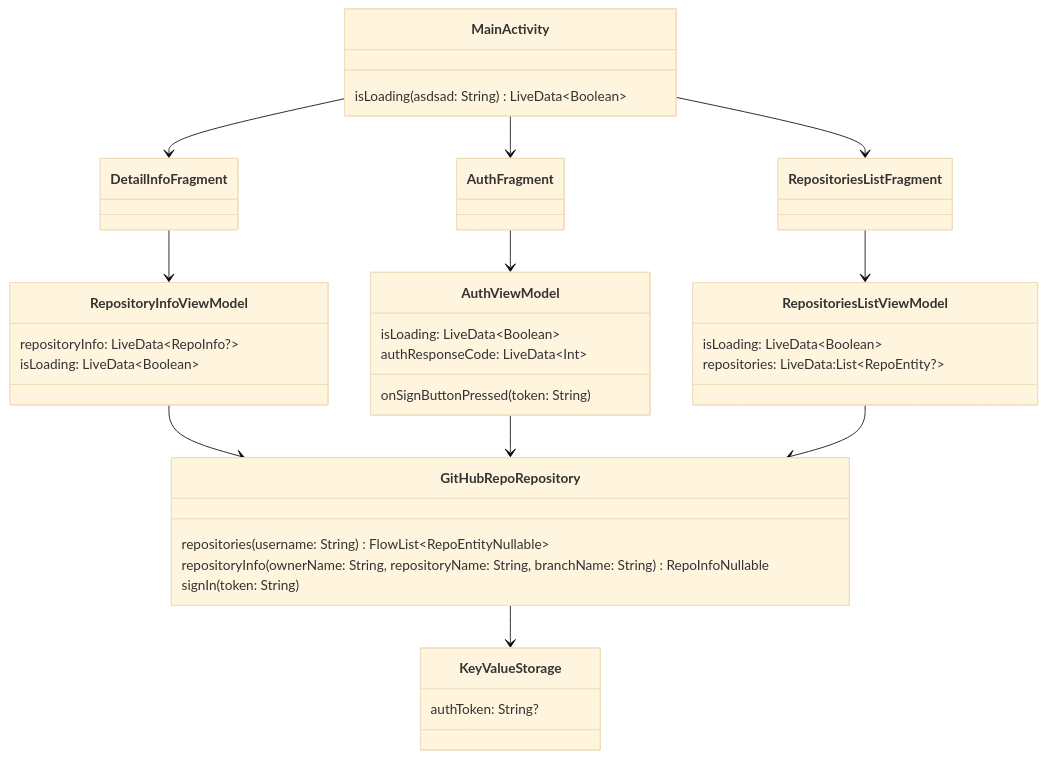
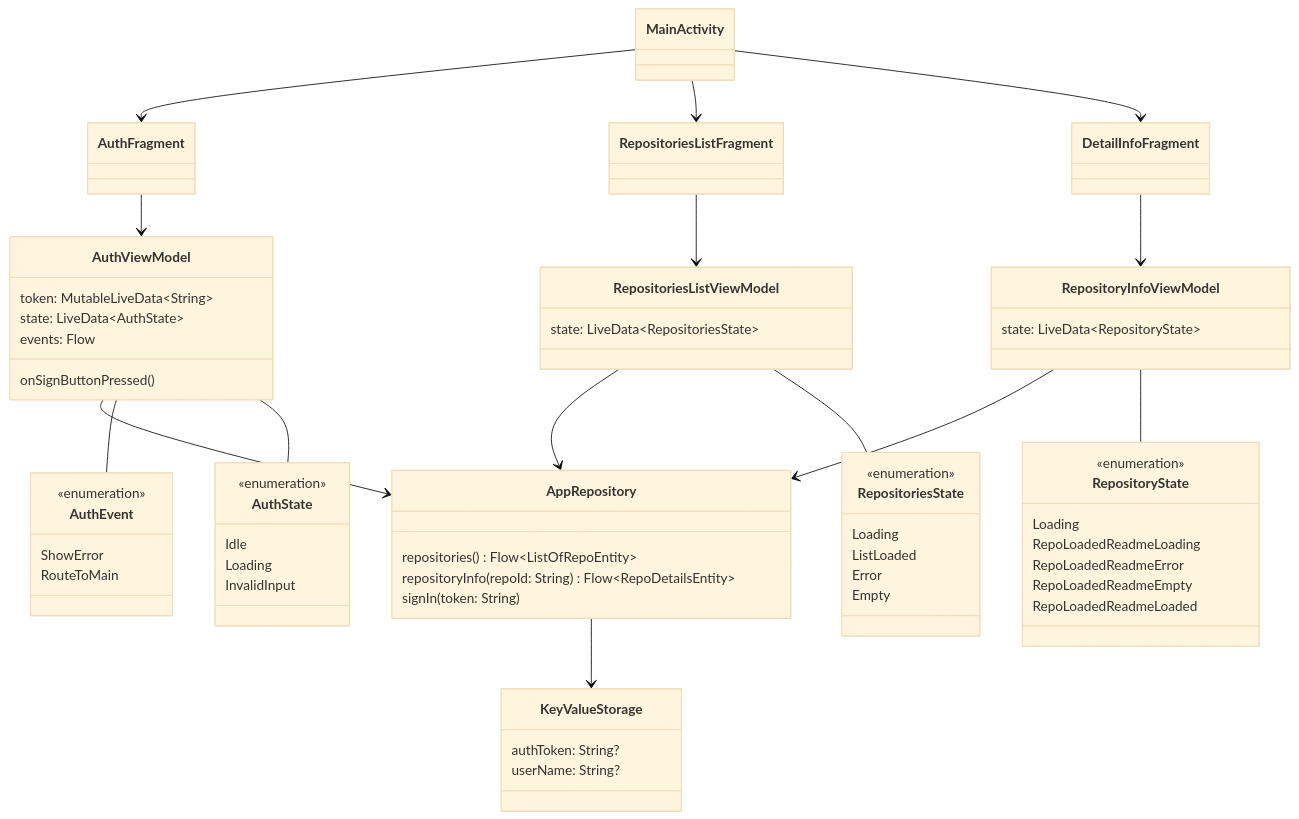
One commit to icerockdev/kmm.icerock.dev changed the diagram in university/1-android-basics/practice.md. Above: the diagram before and after it, drawn with Mermaid (base theme). The commit also changed other lines of this file, not shown here.

Commit message:
MOKO-1057 fix android practice details

````diff
--- a/university/1-android-basics/practice.md
+++ b/university/1-android-basics/practice.md
@@ -42,39 +48,67 @@
 ```mermaid
    classDiagram
 
-class MainActivity:::android{
-     isLoading(asdsad: String) LiveData~Boolean~ 
-     }
+   class MainActivity:::android
    class AuthFragment:::android
    class RepositoriesListFragment:::android
    class DetailInfoFragment:::android
-
-   class AuthViewModel:::android{
-     isLoading: LiveData~Boolean~
-     authResponseCode: LiveData~Int~
-     onSignButtonPressed(token: String)
+   
+   class AuthViewModel:::android {
+      token: MutableLiveData~String~
+      state: LiveData~AuthState~
+      events: Flow<AuthEvent>
+      onSignButtonPressed()
    }
    
-   class RepositoryInfoViewModel:::android{
-     repositoryInfo: LiveData~RepoInfo?~
-     isLoading: LiveData~Boolean~
+   class AuthState:::android {
+      <<enumeration>>
+      Idle
+      Loading
+      InvalidInput
    }
    
-   class RepositoriesListViewModel:::android{
-     isLoading: LiveData~Boolean~
-     repositories: LiveData:List~RepoEntity?~
+   class AuthEvent:::android {
+      <<enumeration>>
+      ShowError
+      RouteToMain
    }
    
-   class GitHubRepoRepository:::android{
-     repositories(username: String) FlowList~RepoEntityNullable~
-     repositoryInfo(ownerName: String, repositoryName: String, branchName: String) RepoInfoNullable
-     signIn(token: String)
+   class RepositoryInfoViewModel:::android {
+      state: LiveData~RepositoryState~
+   }
+   
+   class RepositoryState:::android {
+      <<enumeration>>
+      Loading
+      RepoLoadedReadmeLoading
+      RepoLoadedReadmeError
+      RepoLoadedReadmeEmpty
+      RepoLoadedReadmeLoaded
+   }
+   
+   class RepositoriesListViewModel:::android {
+      state: LiveData~RepositoriesState~
+   }
+   
+   class RepositoriesState:::android {
+      <<enumeration>>
+      Loading
+      ListLoaded
+      Error
+      Empty
+   }
+   
+   class AppRepository:::android {
+      repositories() Flow~ListOfRepoEntity~
+      repositoryInfo(repoId: String) Flow~RepoDetailsEntity~
+      signIn(token: String)
    }
    
    class KeyValueStorage:::android{
-     authToken: String?
+      authToken: String?
+      userName: String?
    }
-
+   
    MainActivity --> AuthFragment
    MainActivity --> RepositoriesListFragment
    MainActivity --> DetailInfoFragment
@@ -83,9 +117,16 @@
    RepositoriesListFragment --> RepositoriesListViewModel
    DetailInfoFragment --> RepositoryInfoViewModel
    
-   RepositoryInfoViewModel --> GitHubRepoRepository
-   AuthViewModel --> GitHubRepoRepository
-   RepositoriesListViewModel --> GitHubRepoRepository
-
-   GitHubRepoRepository --> KeyValueStorage
+   RepositoryInfoViewModel --> AppRepository
+   AuthViewModel --> AppRepository
+   RepositoriesListViewModel --> AppRepository
+   
+   AppRepository --> KeyValueStorage
+   
+   AuthViewModel -- AuthEvent
+   AuthViewModel -- AuthState
+   
+   RepositoryInfoViewModel -- RepositoryState
+   
+   RepositoriesListViewModel -- RepositoriesState
 ```
````
